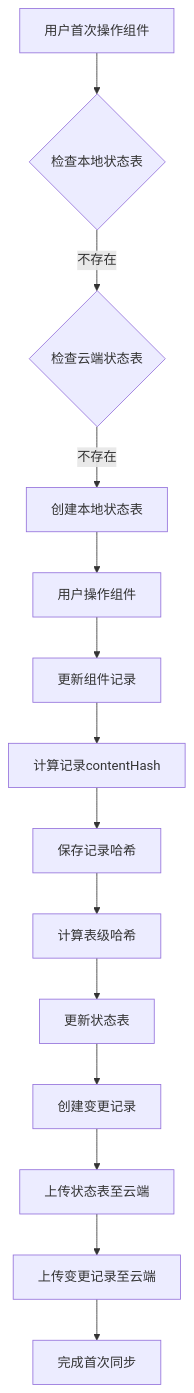
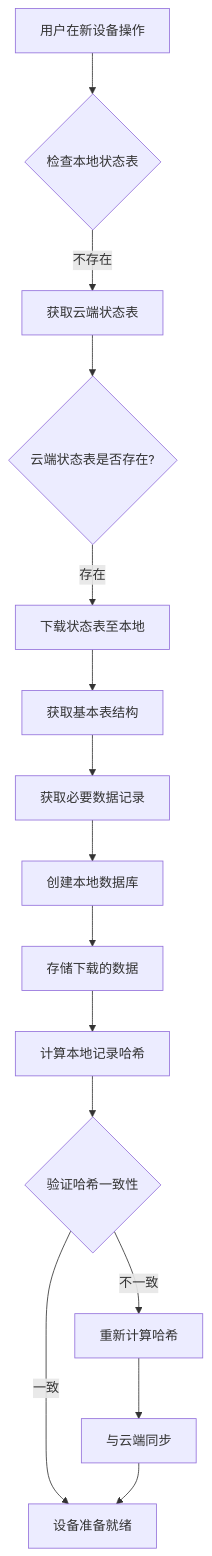
Before and after one commit to yingjianzh/iodraw-files: the diagram in all/未命名-42.md, drawn with Mermaid.

Commit message:
2025-04-24 15:40:30 update

````diff
--- a/all/未命名-42.md
+++ b/all/未命名-42.md
@@ -1,21 +1,23 @@
 ```mermaid
 flowchart TD
-    Start[用户首次操作组件] --> CheckLocalState{检查本地状态表}
-    CheckLocalState -- 不存在 --> CheckCloudState{检查云端状态表}
+    Start[用户在新设备操作] --> CheckLocalState{检查本地状态表}
+    CheckLocalState -- 不存在 --> FetchCloudState[获取云端状态表]
     
-    CheckCloudState -- 不存在 --> CreateLocalState[创建本地状态表]
-    CreateLocalState --> FirstOperation[用户操作组件]
+    FetchCloudState --> TableExistsCheck{云端状态表是否存在?}
+    TableExistsCheck -- 存在 --> DownloadState[下载状态表至本地]
     
-    FirstOperation --> UpdateRecord[更新组件记录]
-    UpdateRecord --> CalculateHash[计算记录contentHash]
-    CalculateHash --> SaveRecordHash[保存记录哈希]
+    DownloadState --> FetchInitialTables[获取基本表结构]
+    FetchInitialTables --> FetchNeededRecords[获取必要数据记录]
     
-    SaveRecordHash --> CalculateTableHash[计算表级哈希]
-    CalculateTableHash --> UpdateStateTable[更新状态表]
+    FetchNeededRecords --> CreateLocalDB[创建本地数据库]
+    CreateLocalDB --> StoreDownloadedData[存储下载的数据]
     
-    UpdateStateTable --> CreateChange[创建变更记录]
-    CreateChange --> UploadState[上传状态表至云端]
-    UploadState --> UploadChanges[上传变更记录至云端]
+    StoreDownloadedData --> ComputeLocalHashes[计算本地记录哈希]
+    ComputeLocalHashes --> VerifyConsistency{验证哈希一致性}
     
-    UploadChanges --> CompleteFirstSync[完成首次同步]
+    VerifyConsistency -- 一致 --> ReadyToUse[设备准备就绪]
+    VerifyConsistency -- 不一致 --> RecomputeHashes[重新计算哈希]
+    RecomputeHashes --> SyncWithCloud[与云端同步]
+    
+    SyncWithCloud --> ReadyToUse
 ```
````
